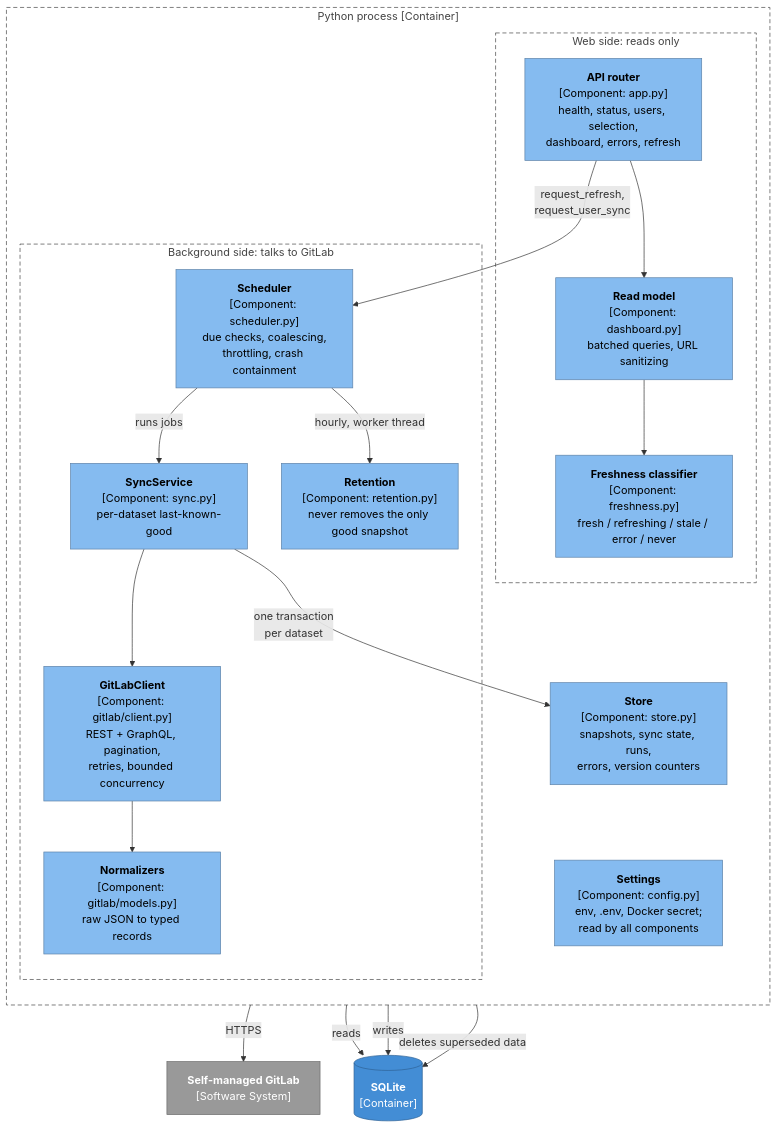
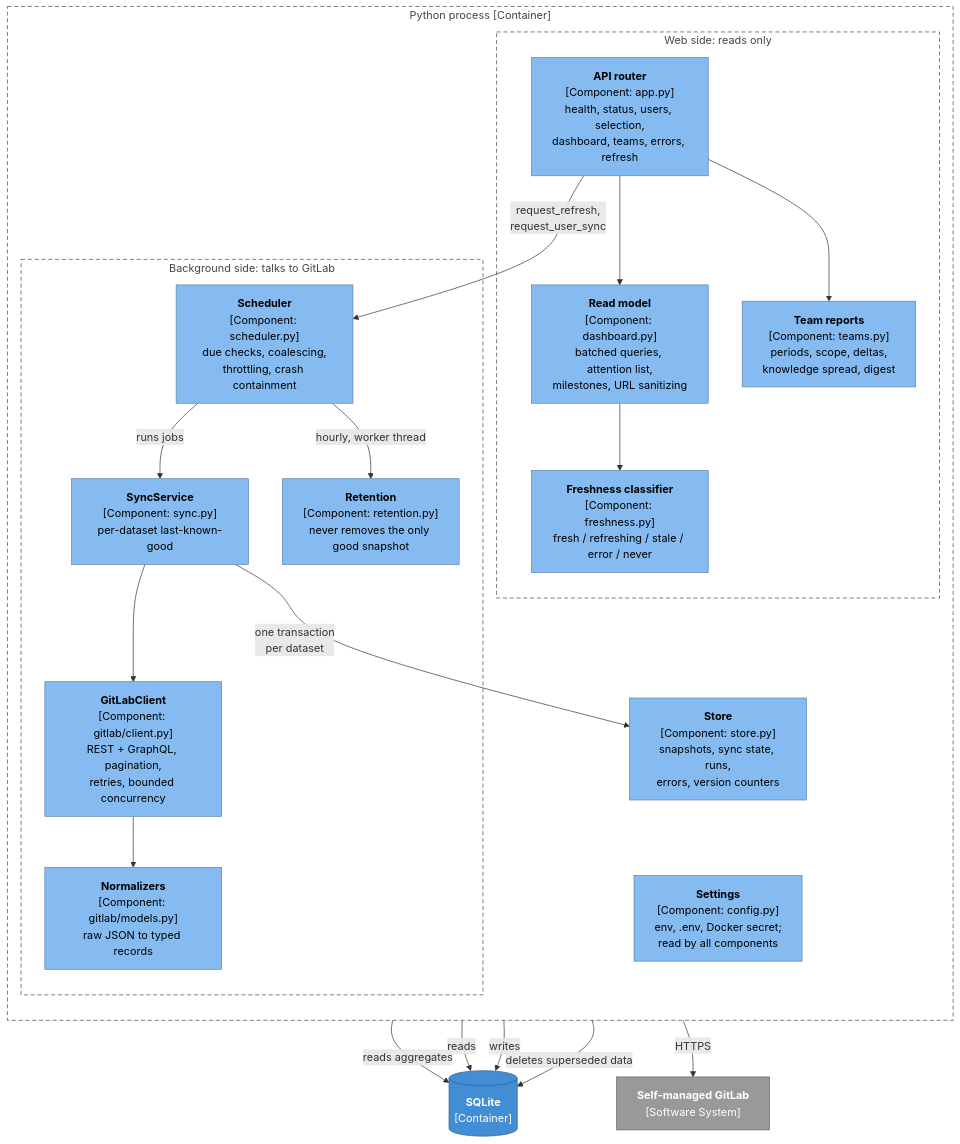
Before and after one commit to marcelpetrick/GitLabTeamPulse: the third of 7 diagrams in docs/ARCHITECTURE.md, drawn with Mermaid. The commit also changed other lines of this file and 10 other files, not shown here.

Commit message:
docs: steering signals, teams and team reports; architecture, configuration and screenshots

````diff
--- a/docs/ARCHITECTURE.md
+++ b/docs/ARCHITECTURE.md
@@ -108,45 +108,48 @@
 ```mermaid
 flowchart TB
     subgraph proc["Python process [Container]"]
         direction TB
         subgraph web["Web side: reads only"]
-            routes["<b>API router</b><br/>[Component: app.py]<br/>health, status, users, selection,<br/>dashboard, errors, refresh"]
-            reader["<b>Read model</b><br/>[Component: dashboard.py]<br/>batched queries, URL sanitizing"]
+            routes["<b>API router</b><br/>[Component: app.py]<br/>health, status, users, selection,<br/>dashboard, teams, errors, refresh"]
+            reader["<b>Read model</b><br/>[Component: dashboard.py]<br/>batched queries, attention list,<br/>milestones, URL sanitizing"]
+            teams["<b>Team reports</b><br/>[Component: teams.py]<br/>periods, scope, deltas,<br/>knowledge spread, digest"]
             fresh["<b>Freshness classifier</b><br/>[Component: freshness.py]<br/>fresh / refreshing / stale / error / never"]
         end
         subgraph bg["Background side: talks to GitLab"]
             sched["<b>Scheduler</b><br/>[Component: scheduler.py]<br/>due checks, coalescing,<br/>throttling, crash containment"]
             sync["<b>SyncService</b><br/>[Component: sync.py]<br/>per-dataset last-known-good"]
             ret["<b>Retention</b><br/>[Component: retention.py]<br/>never removes the only good snapshot"]
             client["<b>GitLabClient</b><br/>[Component: gitlab/client.py]<br/>REST + GraphQL, pagination,<br/>retries, bounded concurrency"]
             norm["<b>Normalizers</b><br/>[Component: gitlab/models.py]<br/>raw JSON to typed records"]
         end
         store["<b>Store</b><br/>[Component: store.py]<br/>snapshots, sync state, runs,<br/>errors, version counters"]
         config["<b>Settings</b><br/>[Component: config.py]<br/>env, .env, Docker secret;<br/>read by all components"]
     end
 
     db[("<b>SQLite</b><br/>[Container]")]
     gitlab["<b>Self-managed GitLab</b><br/>[Software System]"]
 
     routes --> reader
+    routes --> teams
+    teams -->|reads aggregates| db
     reader --> fresh
     routes -->|"request_refresh,<br/>request_user_sync"| sched
     sched -->|runs jobs| sync
     sched -->|"hourly, worker thread"| ret
     sync --> client
     client --> norm
     client -->|HTTPS| gitlab
     sync -->|"one transaction<br/>per dataset"| store
     reader -->|reads| db
     store -->|writes| db
     ret -->|deletes superseded data| db
 
     classDef component fill:#85bbf0,stroke:#5d82a8,color:#000
     classDef database fill:#438dd5,stroke:#2e6295,color:#fff
     classDef external fill:#999999,stroke:#6b6b6b,color:#fff
     classDef boundary fill:none,stroke:#444,stroke-dasharray:6 4,color:#444
-    class routes,reader,fresh,sched,sync,ret,client,norm,store,config component
+    class routes,reader,teams,fresh,sched,sync,ret,client,norm,store,config component
     class db database
     class gitlab external
     class proc,web,bg boundary
 ```
````
